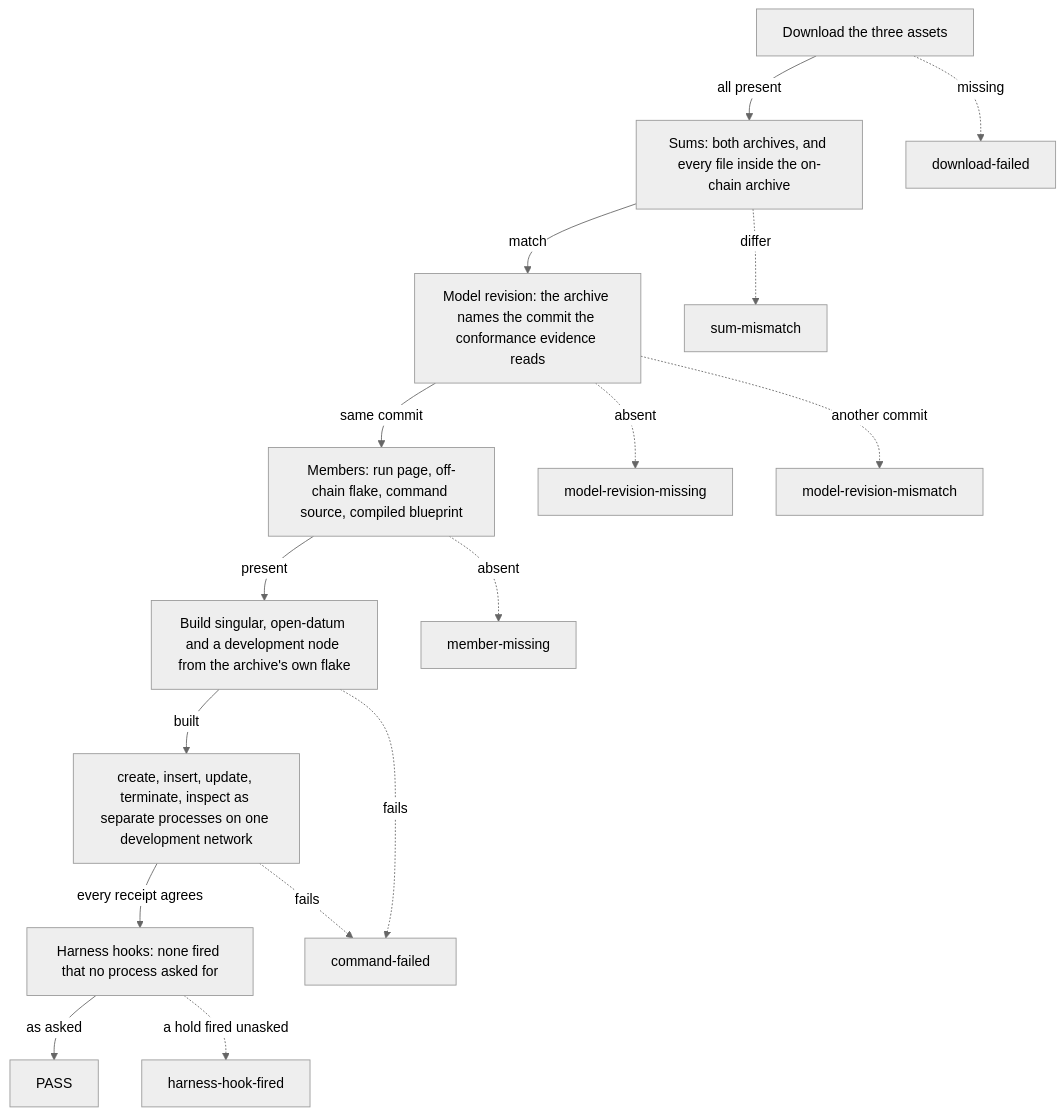
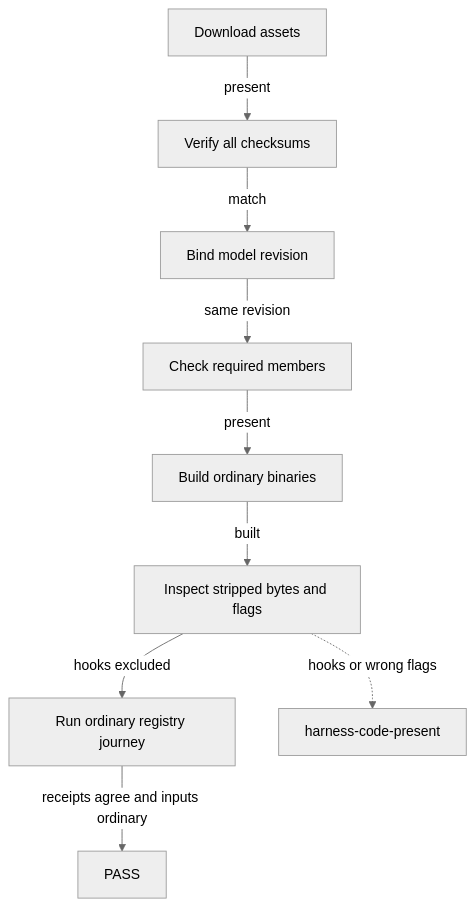
The diagram in docs/verify-release.md (lambdasistemi/singular), drawn with Mermaid (neutral theme) before and after one commit. The commit also changed other lines of this file and 46 other files, not shown here.

Commit message:
Separate recovery hooks into explicit test CLI builds

````diff
--- a/docs/verify-release.md
+++ b/docs/verify-release.md
@@ -40,18 +40,11 @@
 ```mermaid
 flowchart TD
-    D[Download the three assets] -->|all present| S[Sums: both archives, and every file inside the on-chain archive]
-    S -->|match| M[Model revision: the archive names the commit the conformance evidence reads]
-    M -->|same commit| E[Members: run page, off-chain flake, command source, compiled blueprint]
-    E -->|present| B[Build singular, open-datum and a development node from the archive's own flake]
-    B -->|built| J[create, insert, update, terminate, inspect as separate processes on one development network]
-    J -->|every receipt agrees| H[Harness hooks: none fired that no process asked for]
-    H -->|as asked| P[PASS]
-    D -.->|missing| R1[download-failed]
-    S -.->|differ| R2[sum-mismatch]
-    M -.->|absent| R3[model-revision-missing]
-    M -.->|another commit| R4[model-revision-mismatch]
-    E -.->|absent| R5[member-missing]
-    B -.->|fails| R6[command-failed]
-    J -.->|fails| R6
-    H -.->|a hold fired unasked| R7[harness-hook-fired]
+    D[Download assets] -->|present| S[Verify all checksums]
+    S -->|match| M[Bind model revision]
+    M -->|same revision| E[Check required members]
+    E -->|present| B[Build ordinary binaries]
+    B -->|built| H[Inspect stripped bytes and flags]
+    H -->|hooks excluded| J[Run ordinary registry journey]
+    J -->|receipts agree and inputs ordinary| P[PASS]
+    H -.->|hooks or wrong flags| R[harness-code-present]
 ```
````
